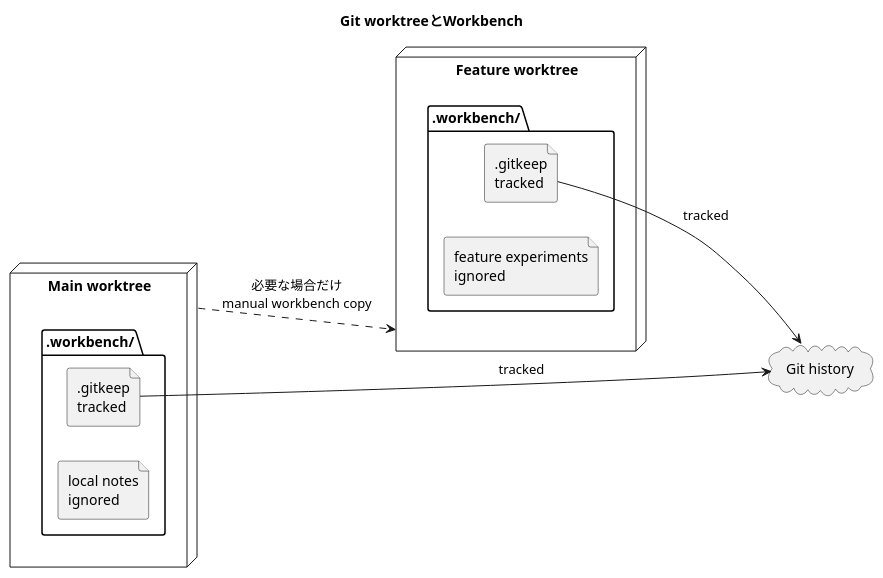
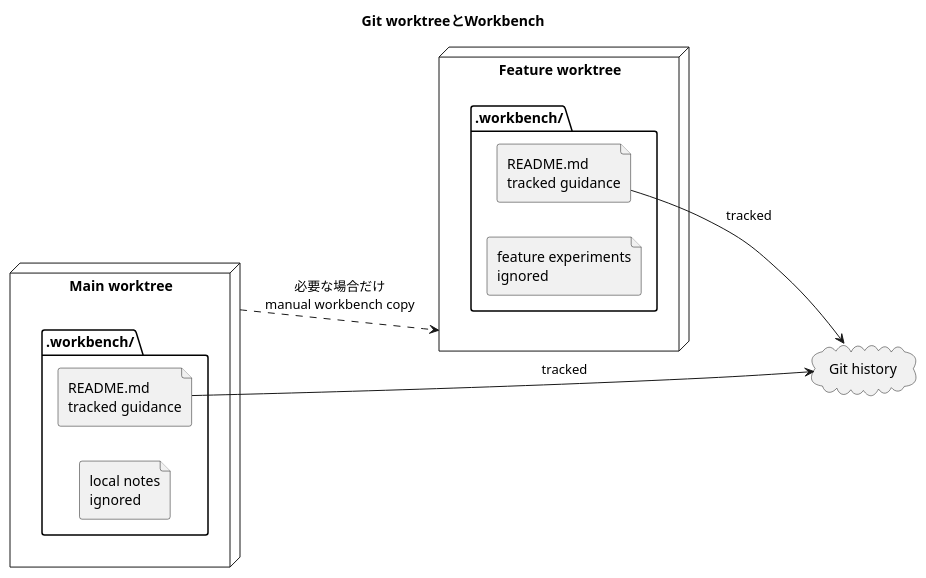
One commit to chemitaro/spec-dock changed the second of 5 diagrams in spec-dock/initiatives/init-local-00002-prototype-feature-expansion/epics/epic-00343-workbench-shell-and-explicit-file-artifact-import/artifacts/20260728t110707z-epic-00343-team-onboarding-guide.md. Above: the diagram before and after it, drawn with PlantUML. The commit also changed other lines of this file and 4 other files, not shown here.

````diff
--- a/spec-dock/initiatives/init-local-00002-prototype-feature-expansion/epics/epic-00343-workbench-shell-and-explicit-file-artifact-import/artifacts/20260728t110707z-epic-00343-team-onboarding-guide.md
+++ b/spec-dock/initiatives/init-local-00002-prototype-feature-expansion/epics/epic-00343-workbench-shell-and-explicit-file-artifact-import/artifacts/20260728t110707z-epic-00343-team-onboarding-guide.md
@@ -178,28 +193,28 @@
 ```plantuml
 @startuml
 title Git worktreeとWorkbench
 left to right direction
 
 node "Main worktree" as main {
   folder ".workbench/" as mwb {
-    file ".gitkeep\ntracked" as mmarker
+    file "README.md\ntracked guidance" as mreadme
     file "local notes\nignored" as mnotes
   }
 }
 
 node "Feature worktree" as feature {
   folder ".workbench/" as fwb {
-    file ".gitkeep\ntracked" as fmarker
+    file "README.md\ntracked guidance" as freadme
     file "feature experiments\nignored" as fnotes
   }
 }
 
 cloud "Git history" as git
 
-mmarker --> git : tracked
-fmarker --> git : tracked
+mreadme --> git : tracked
+freadme --> git : tracked
 mnotes -[hidden]-> git : not tracked
 fnotes -[hidden]-> git : not tracked
 main ..> feature : 必要な場合だけ\nmanual workbench copy
 @enduml
 ```
````
